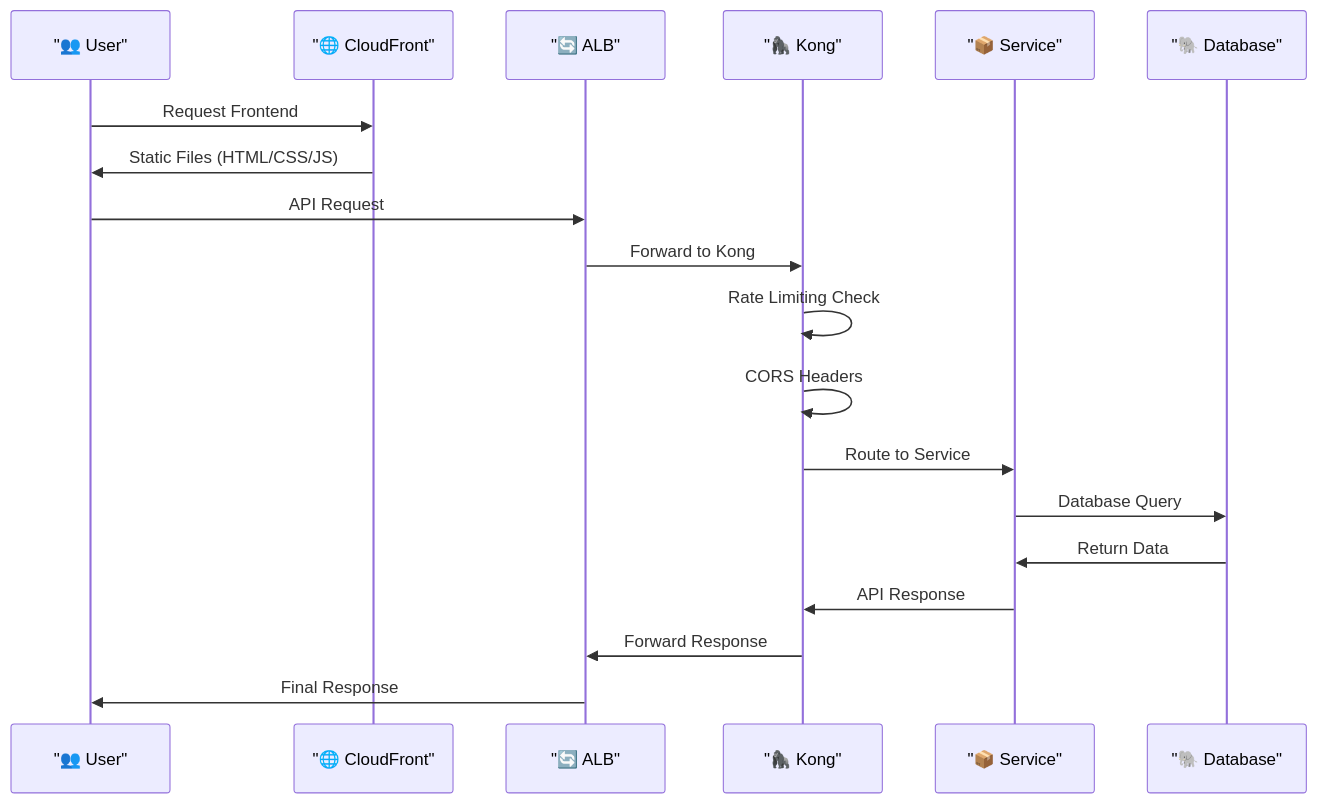
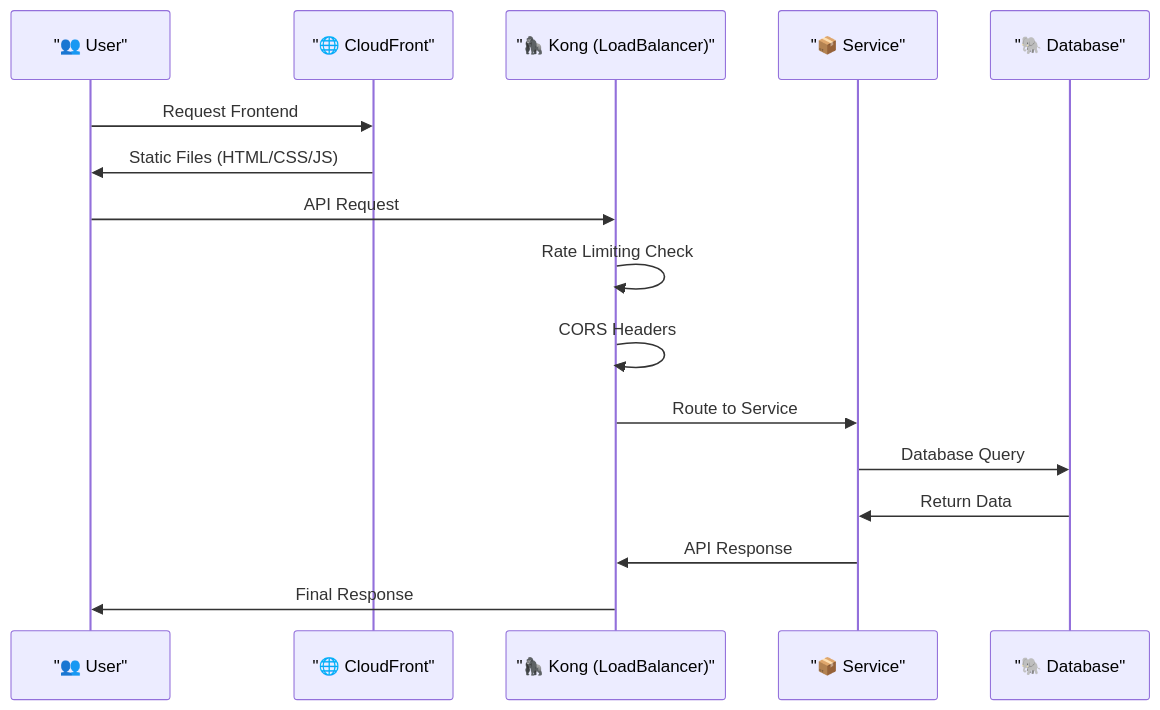
One commit to vishwaraja/farmers-market-infra changed the third of 5 diagrams in README.md. Above: the diagram before and after it, drawn with Mermaid.

Commit message:
fix: Update data flow architecture sequence diagram
- Remove ALB participant from sequence diagram
- Update Kong participant to show LoadBalancer
- Simplify flow: User → Kong → Service → Database
- Remove redundant ALB forwarding steps
- Align with simplified architecture where Kong handles load balancing directly

````diff
--- a/README.md
+++ b/README.md
@@ -121,23 +121,20 @@
 ```mermaid
 sequenceDiagram
     participant U as "👥 User"
     participant CF as "🌐 CloudFront"
-    participant ALB as "🔄 ALB"
-    participant K as "🦍 Kong"
+    participant K as "🦍 Kong (LoadBalancer)"
     participant S as "📦 Service"
     participant DB as "🐘 Database"
     
     U->>CF: Request Frontend
     CF->>U: Static Files (HTML/CSS/JS)
     
-    U->>ALB: API Request
-    ALB->>K: Forward to Kong
+    U->>K: API Request
     K->>K: Rate Limiting Check
     K->>K: CORS Headers
     K->>S: Route to Service
     S->>DB: Database Query
     DB->>S: Return Data
     S->>K: API Response
-    K->>ALB: Forward Response
-    ALB->>U: Final Response
+    K->>U: Final Response
 ```
````
